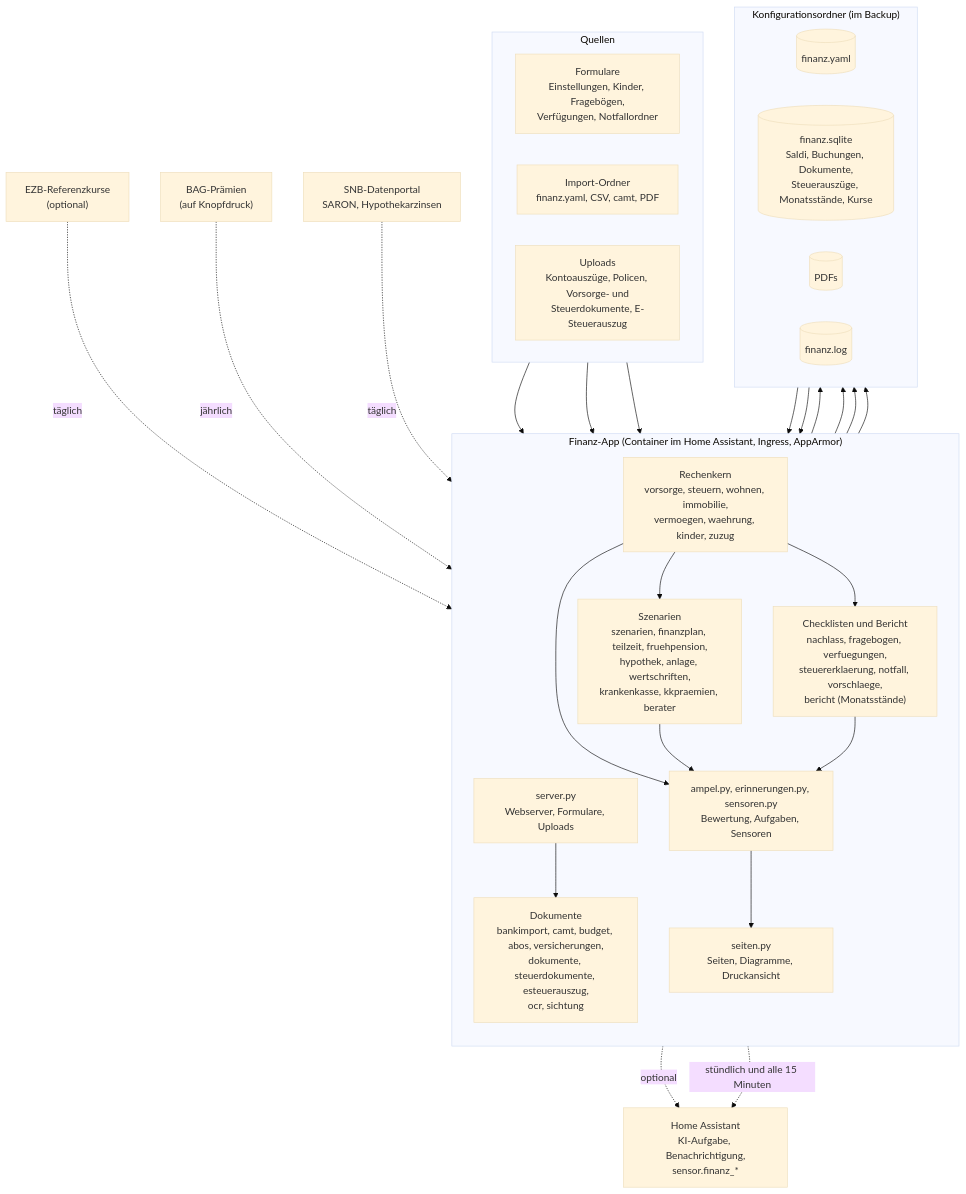
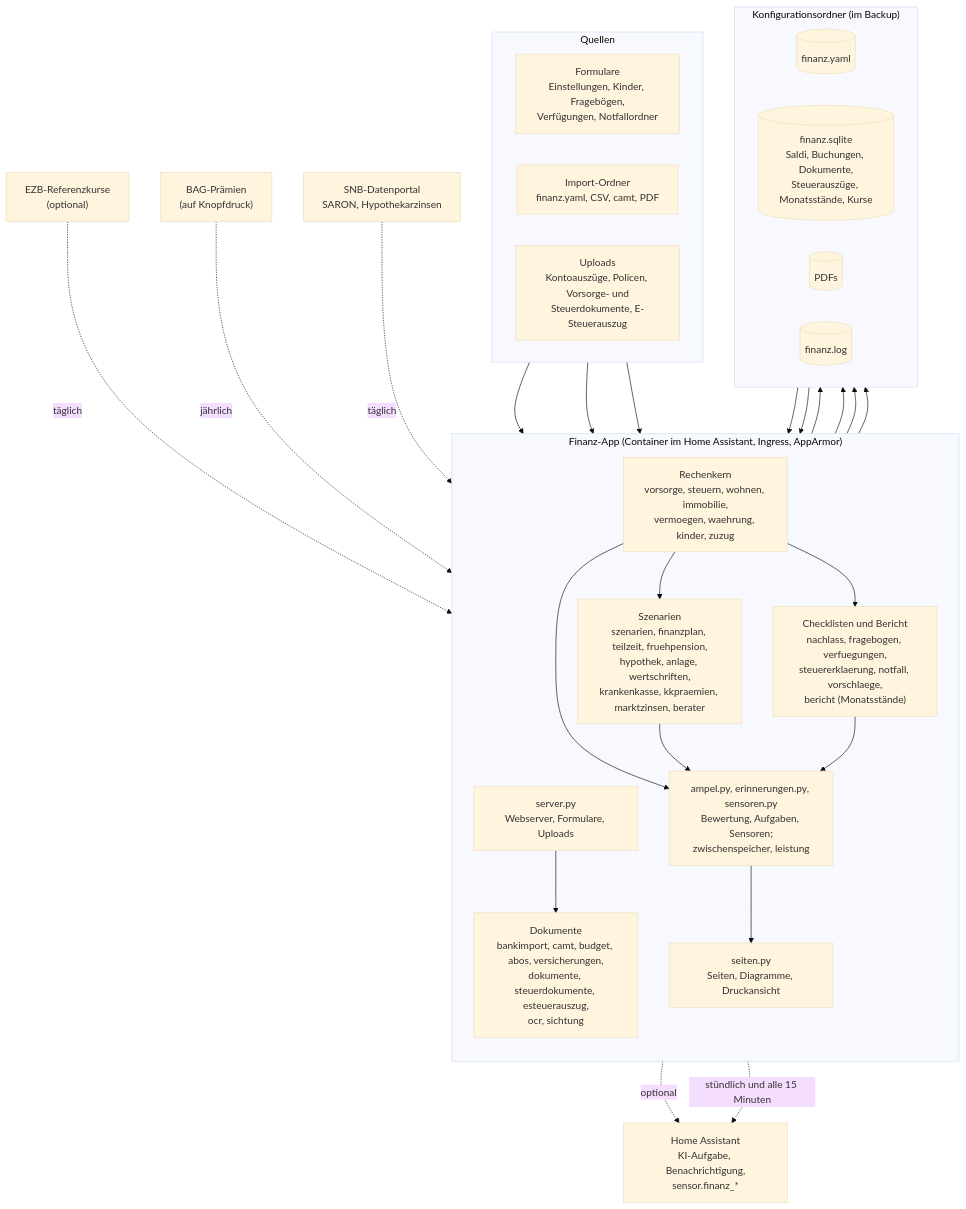
The diagram in docs/architektur.mmd (khu1985/finanz-ha), drawn with Mermaid (base theme) before and after one commit. The commit also changed 6 other files, not shown here.

Commit message:
Doku: Diagramme und Übersichten zu Marktzinsen, Zwischenspeicher und Leistung

```diff
--- a/docs/architektur.mmd
+++ b/docs/architektur.mmd
@@ -1,37 +1,37 @@
 flowchart TB
     subgraph Quellen
         direction LR
         F["Formulare<br/>Einstellungen, Kinder, Fragebögen,<br/>Verfügungen, Notfallordner"]
         I["Import-Ordner<br/>finanz.yaml, CSV, camt, PDF"]
         U["Uploads<br/>Kontoauszüge, Policen, Vorsorge- und<br/>Steuerdokumente, E-Steuerauszug"]
     end
     subgraph App["Finanz-App (Container im Home Assistant, Ingress, AppArmor)"]
         direction TB
         S["server.py<br/>Webserver, Formulare, Uploads"]
         D["Dokumente<br/>bankimport, camt, budget, abos, versicherungen,<br/>dokumente, steuerdokumente, esteuerauszug,<br/>ocr, sichtung"]
         K["Rechenkern<br/>vorsorge, steuern, wohnen, immobilie,<br/>vermoegen, waehrung, kinder, zuzug"]
-        Z["Szenarien<br/>szenarien, finanzplan, teilzeit, fruehpension,<br/>hypothek, anlage, wertschriften,<br/>krankenkasse, kkpraemien, berater"]
+        Z["Szenarien<br/>szenarien, finanzplan, teilzeit, fruehpension,<br/>hypothek, anlage, wertschriften,<br/>krankenkasse, kkpraemien, marktzinsen, berater"]
         C["Checklisten und Bericht<br/>nachlass, fragebogen, verfuegungen,<br/>steuererklaerung, notfall, vorschlaege,<br/>bericht (Monatsstände)"]
-        A["ampel.py, erinnerungen.py, sensoren.py<br/>Bewertung, Aufgaben, Sensoren"]
+        A["ampel.py, erinnerungen.py, sensoren.py<br/>Bewertung, Aufgaben, Sensoren;<br/>zwischenspeicher, leistung"]
         SE["seiten.py<br/>Seiten, Diagramme, Druckansicht"]
     end
     subgraph Daten["Konfigurationsordner (im Backup)"]
         direction LR
         Y[("finanz.yaml")]
         DB[("finanz.sqlite<br/>Saldi, Buchungen, Dokumente,<br/>Steuerauszüge, Monatsstände, Kurse")]
         P[("PDFs")]
         L[("finanz.log")]
     end
     HA["Home Assistant<br/>KI-Aufgabe, Benachrichtigung,<br/>sensor.finanz_*"]
     F & I & U --> S
     S --> D --> DB & P
     S --> Y
     Y & DB --> K --> Z
     K --> C
     K & Z & C --> A --> SE
     Z -. optional .-> HA
     EZB["EZB-Referenzkurse<br/>(optional)"] -. täglich .-> K
     BAG["BAG-Prämien<br/>(auf Knopfdruck)"] -. jährlich .-> Z
     SNB["SNB-Datenportal<br/>SARON, Hypothekarzinsen"] -. täglich .-> Z
     A -. stündlich und alle 15 Minuten .-> HA
     S --> L
```
